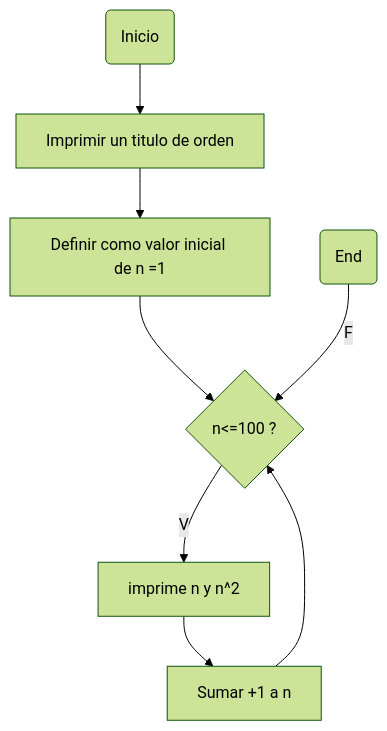
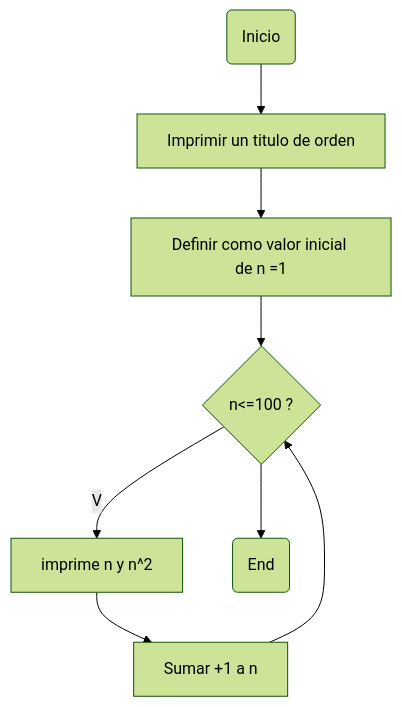
One commit to Felip-UN/Bucles-R6 changed the diagram in README.md. Above: the diagram before and after it, drawn with Mermaid (forest theme).

Commit message:
Diagrama

````diff
--- a/README.md
+++ b/README.md
@@ -6,18 +6,18 @@
 ```mermaid
 ---
 config:
   layout: fixed
 ---
 flowchart TD
     n2["Definir como valor inicial de n =1"] --> n4["n&lt;=100 ?"]
     n5["imprime n y n^2"] --> n6["Sumar +1 a n"]
     n1["Inicio"] --> n8["Imprimir un titulo de orden"]
     n8 --> n2
-    n7["End"] -- F --> n4
     n4 -- V --> n5
     n6 --> n4
+    n4 --> n7["End"]
     n4@{ shape: diam}
     n1@{ shape: rounded}
     n8@{ shape: rect}
     n7@{ shape: rounded}
 ```
````
